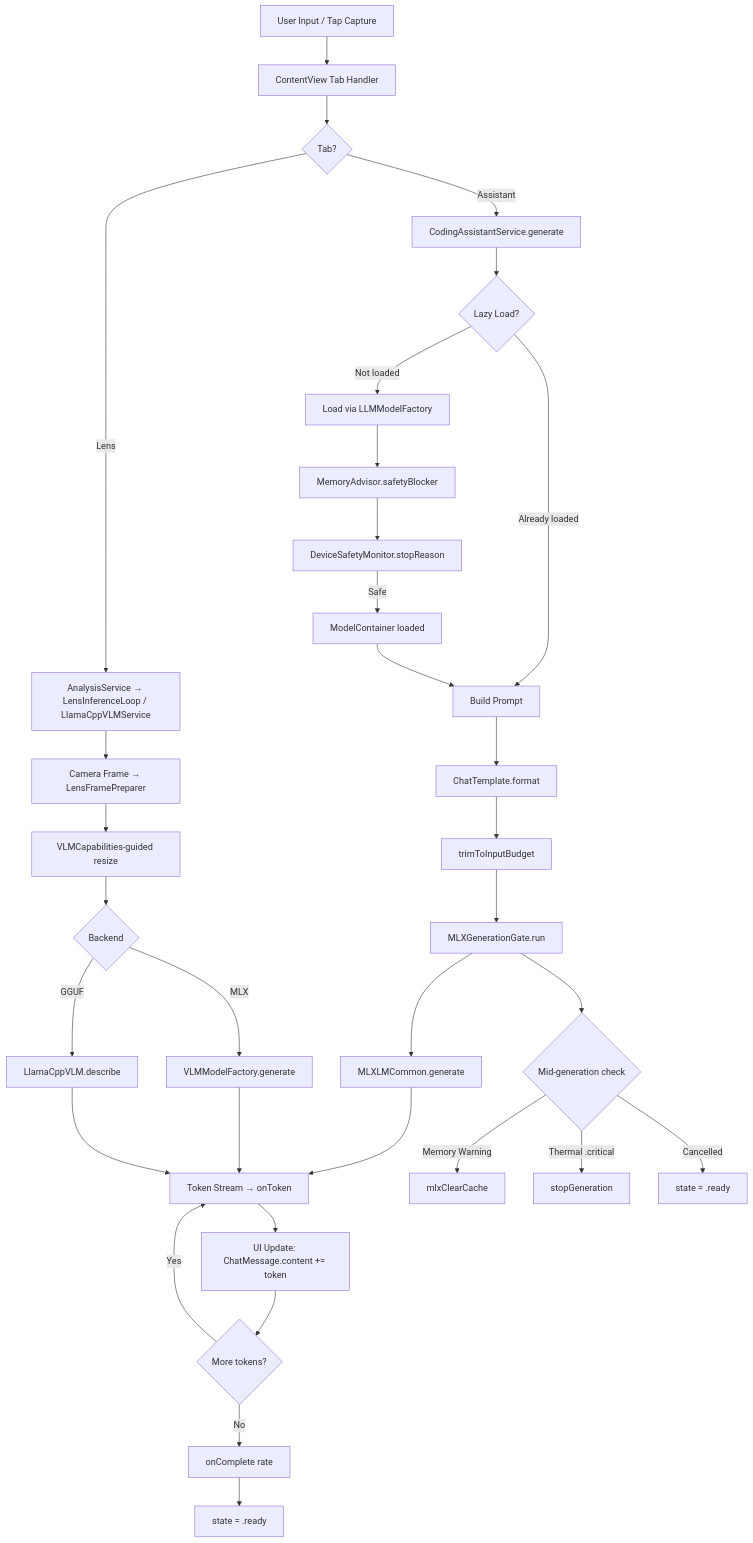
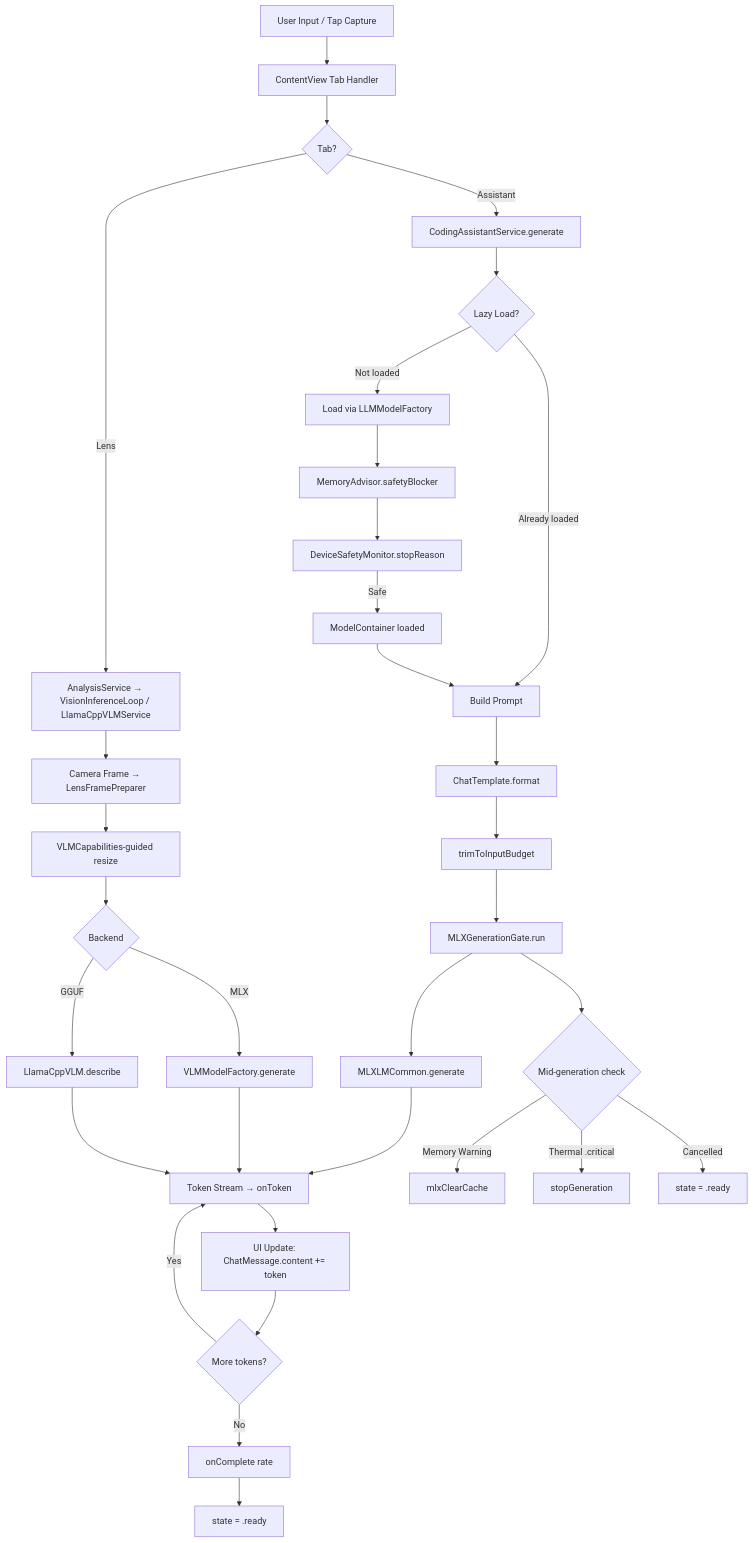
Before and after one commit to moha700m/mahalli: the diagram in Docs/LOCAL_LLM_FOUNDATION_HANDOFF.md, drawn with Mermaid. The commit also changed other lines of this file and 210 other files, not shown here.

````diff
--- a/Docs/LOCAL_LLM_FOUNDATION_HANDOFF.md
+++ b/Docs/LOCAL_LLM_FOUNDATION_HANDOFF.md
@@ -256,39 +256,39 @@
 ```mermaid
 flowchart TD
     A[User Input / Tap Capture] --> B[ContentView Tab Handler]
     B --> C{Tab?}
     C -->|Assistant| D[CodingAssistantService.generate]
-    C -->|Lens| E[AnalysisService → LensInferenceLoop / LlamaCppVLMService]
+    C -->|Lens| E[AnalysisService → VisionInferenceLoop / LlamaCppVLMService]
     
     D --> F{Lazy Load?}
     F -->|Not loaded| G[Load via LLMModelFactory]
     G --> H[MemoryAdvisor.safetyBlocker]
     H --> I[DeviceSafetyMonitor.stopReason]
     I -->|Safe| J[ModelContainer loaded]
     F -->|Already loaded| K[Build Prompt]
     
     J --> K
     K --> L[ChatTemplate.format]
     L --> M[trimToInputBudget]
     M --> N[MLXGenerationGate.run]
     N --> O[MLXLMCommon.generate]
     O --> P[Token Stream → onToken]
     P --> Q[UI Update: ChatMessage.content += token]
     Q --> R{More tokens?}
     R -->|Yes| P
     R -->|No| S[onComplete rate]
     S --> T[state = .ready]
     
     E --> U[Camera Frame → LensFramePreparer]
     U --> V[VLMCapabilities-guided resize]
     V --> W{Backend}
     W -->|MLX| X[VLMModelFactory.generate]
     W -->|GGUF| Y[LlamaCppVLM.describe]
     X --> P
     Y --> P
     
     N --> Z{Mid-generation check}
     Z -->|Memory Warning| AA[mlxClearCache]
     Z -->|Thermal .critical| AB[stopGeneration]
     Z -->|Cancelled| AC[state = .ready]
 ```
````
